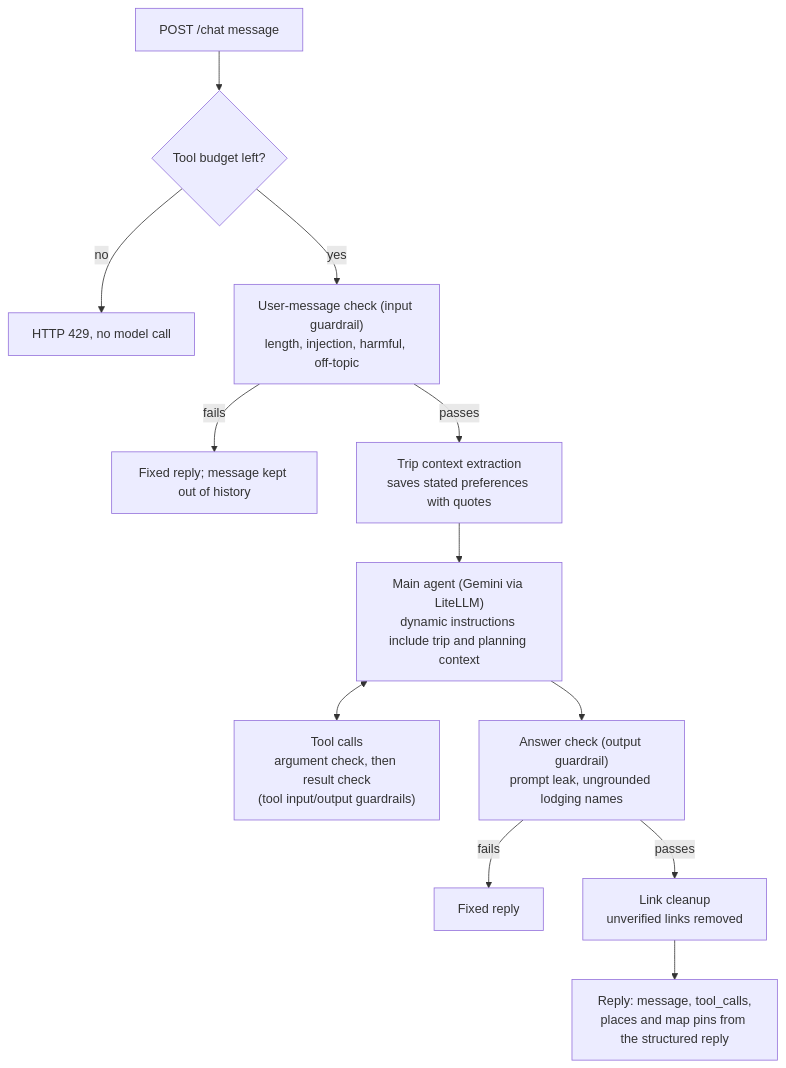
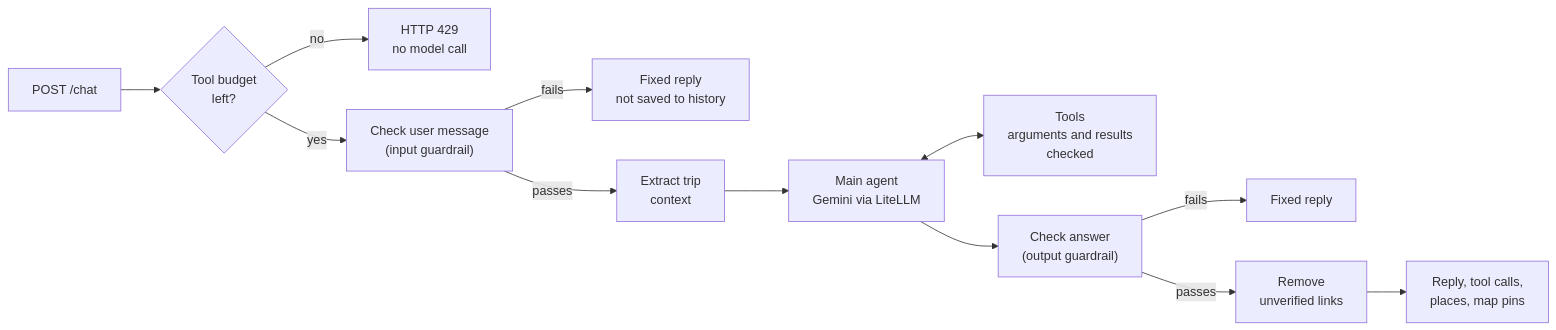
Before and after one commit to Joshuahuang55/AgenticAI_project1_TaiwanTrip: the second of 4 diagrams in docs/DESIGN.md, drawn with Mermaid. The commit also changed other lines of this file, not shown here.

Commit message:
Name the 500 Dishes and 500 Bowls lists in English and lay the workflow diagrams out left to right

````diff
--- a/docs/DESIGN.md
+++ b/docs/DESIGN.md
@@ -56,14 +56,14 @@
 ```mermaid
-flowchart TD
-    M[POST /chat message] --> Q{Tool budget left?}
-    Q -->|no| R429[HTTP 429, no model call]
-    Q -->|yes| IG["User-message check (input guardrail)<br/>length, injection, harmful, off-topic"]
-    IG -->|fails| FIX1[Fixed reply; message kept out of history]
-    IG -->|passes| X["Trip context extraction<br/>saves stated preferences with quotes"]
-    X --> AG["Main agent (Gemini via LiteLLM)<br/>dynamic instructions include trip and planning context"]
-    AG <--> TL["Tool calls<br/>argument check, then result check<br/>(tool input/output guardrails)"]
-    AG --> OG["Answer check (output guardrail)<br/>prompt leak, ungrounded lodging names"]
+flowchart LR
+    M[POST /chat] --> Q{Tool budget<br/>left?}
+    Q -->|no| R429[HTTP 429<br/>no model call]
+    Q -->|yes| IG["Check user message<br/>(input guardrail)"]
+    IG -->|fails| FIX1["Fixed reply<br/>not saved to history"]
+    IG -->|passes| X["Extract trip<br/>context"]
+    X --> AG["Main agent<br/>Gemini via LiteLLM"]
+    AG <--> TL["Tools<br/>arguments and results<br/>checked"]
+    AG --> OG["Check answer<br/>(output guardrail)"]
     OG -->|fails| FIX2[Fixed reply]
-    OG -->|passes| L["Link cleanup<br/>unverified links removed"]
-    L --> OUT["Reply: message, tool_calls,<br/>places and map pins from the structured reply"]
+    OG -->|passes| L["Remove<br/>unverified links"]
+    L --> OUT["Reply, tool calls,<br/>places, map pins"]
 ```
````
